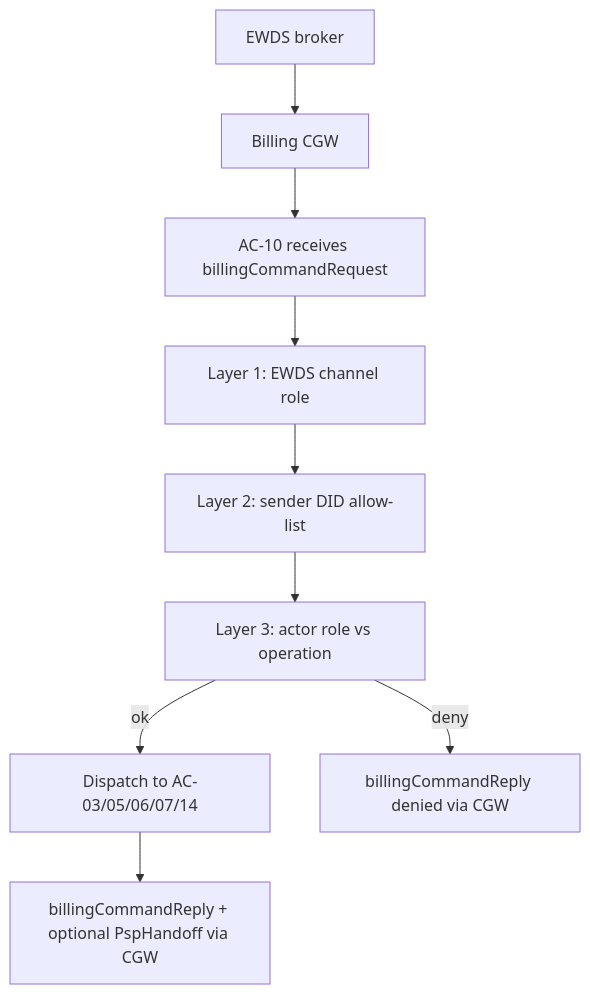
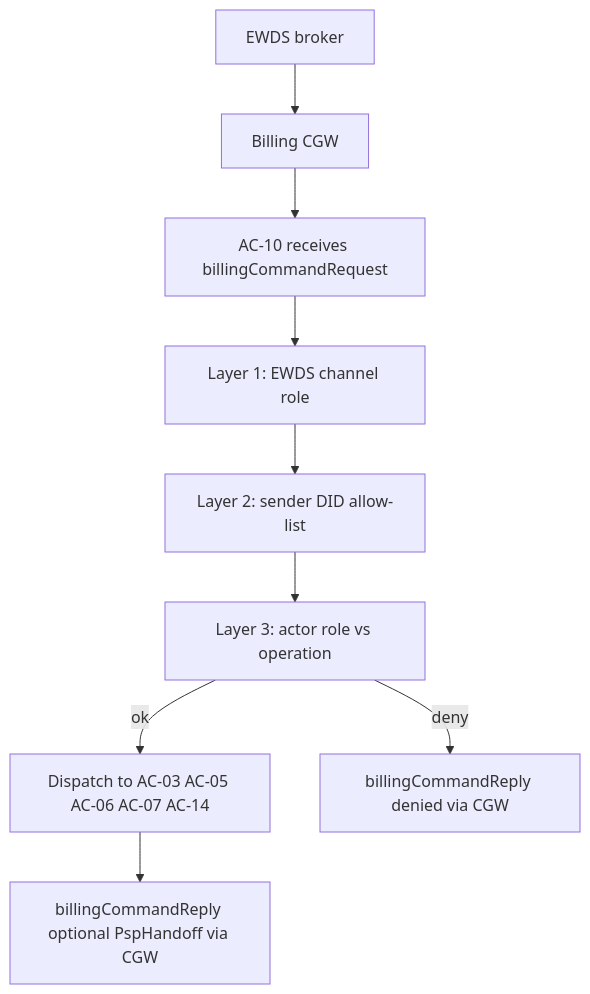
Before and after one commit to blooo-io/intelligent-eu-bps-source: diagram 13 of 14 in docs/architecture/07-scenario-flows.md, drawn with Mermaid. The commit also changed other lines of this file, not shown here.

First line of the commit message:
docs(INT-451): ontology objects on scenario flow steps; fix S12 Mermaid (#225)

````diff
--- a/docs/architecture/07-scenario-flows.md
+++ b/docs/architecture/07-scenario-flows.md
@@ -368,12 +478,12 @@
 ```mermaid
 %% elk %%
 flowchart TB
   EWDS[EWDS broker] --> CGW[Billing CGW]
   CGW --> REQ[AC-10 receives billingCommandRequest]
   REQ --> L1[Layer 1: EWDS channel role]
   L1 --> L2[Layer 2: sender DID allow-list]
   L2 --> L3[Layer 3: actor role vs operation]
-  L3 -->|ok| DISP[Dispatch to AC-03/05/06/07/14]
+  L3 -->|ok| DISP[Dispatch to AC-03 AC-05 AC-06 AC-07 AC-14]
   L3 -->|deny| REJ[billingCommandReply denied via CGW]
-  DISP --> REPLY[billingCommandReply + optional PspHandoff via CGW]
+  DISP --> REPLY[billingCommandReply optional PspHandoff via CGW]
 ```
````
